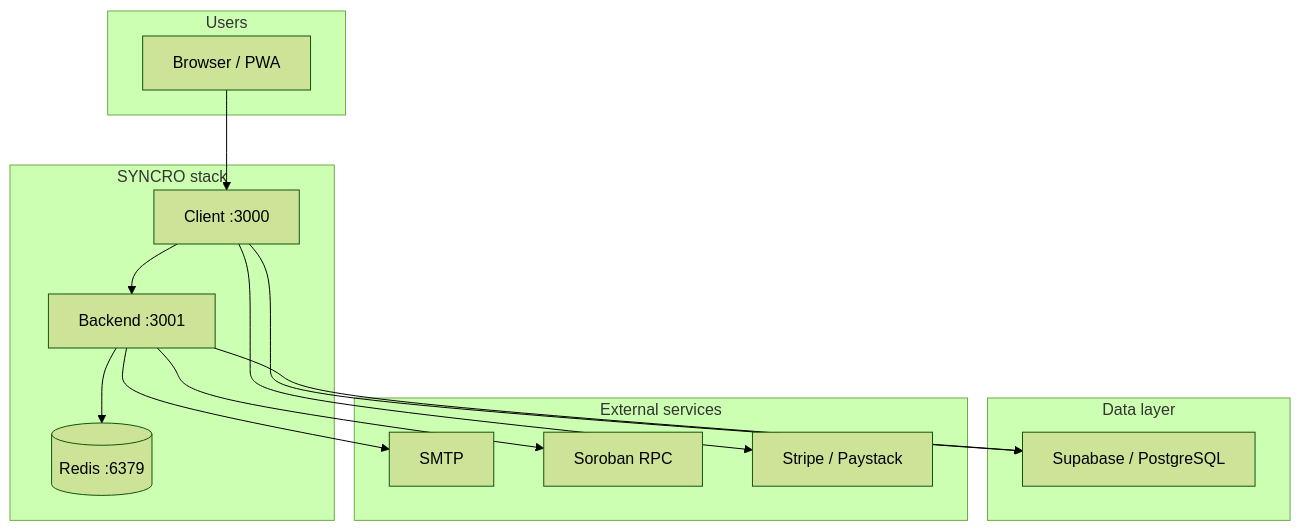
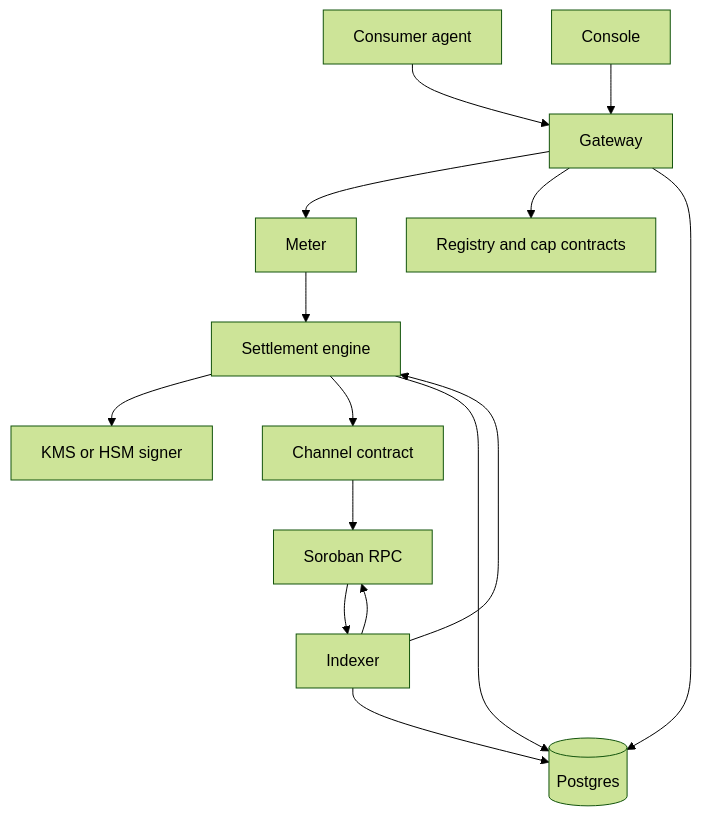
One commit to Calebux/SYNCRO changed the diagram in docs/DEPLOYMENT_RUNBOOK.md. Above: the diagram before and after it, drawn with Mermaid (forest theme). The commit also changed other lines of this file, not shown here.

````diff
--- a/docs/DEPLOYMENT_RUNBOOK.md
+++ b/docs/DEPLOYMENT_RUNBOOK.md
@@ -44,31 +45,17 @@
 ```mermaid
 flowchart TB
-  subgraph users [Users]
-    Browser[Browser / PWA]
-  end
-
-  subgraph syncro [SYNCRO stack]
-    Client[Client :3000]
-    Backend[Backend :3001]
-    Redis[(Redis :6379)]
-  end
-
-  subgraph data [Data layer]
-    Supabase[Supabase / PostgreSQL]
-  end
-
-  subgraph external [External services]
-    SMTP[SMTP]
-    Stellar[Soroban RPC]
-    Stripe[Stripe / Paystack]
-  end
-
-  Browser --> Client
-  Client --> Backend
-  Client --> Supabase
-  Backend --> Supabase
-  Backend --> Redis
-  Backend --> SMTP
-  Backend --> Stellar
-  Client --> Stripe
+  Agent[Consumer agent] --> Gateway[Gateway]
+  Browser[Console] --> Gateway
+  Gateway --> Meter[Meter]
+  Gateway --> Registry[Registry and cap contracts]
+  Meter --> Engine[Settlement engine]
+  Indexer[Indexer] --> Engine
+  Engine --> KMS[KMS or HSM signer]
+  Engine --> Channel[Channel contract]
+  Indexer --> RPC[Soroban RPC]
+  Channel --> RPC
+  RPC --> Indexer
+  Gateway --> DB[(Postgres)]
+  Indexer --> DB
+  Engine --> DB
 ```
````
